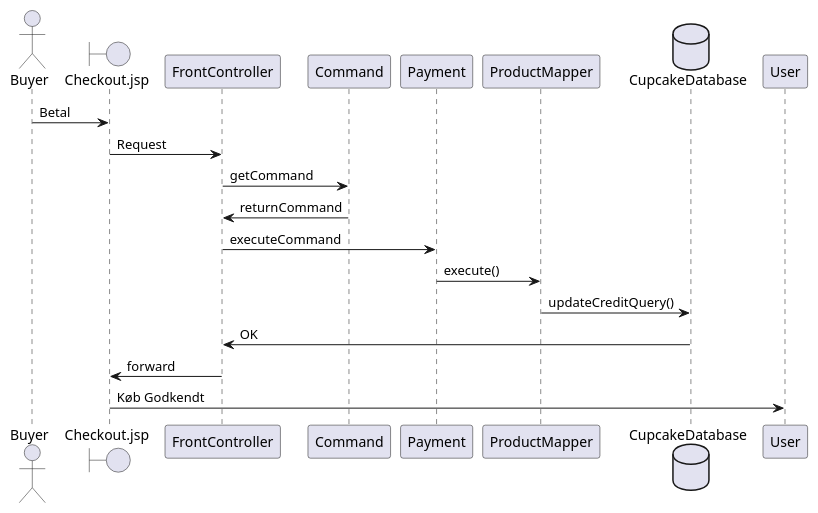
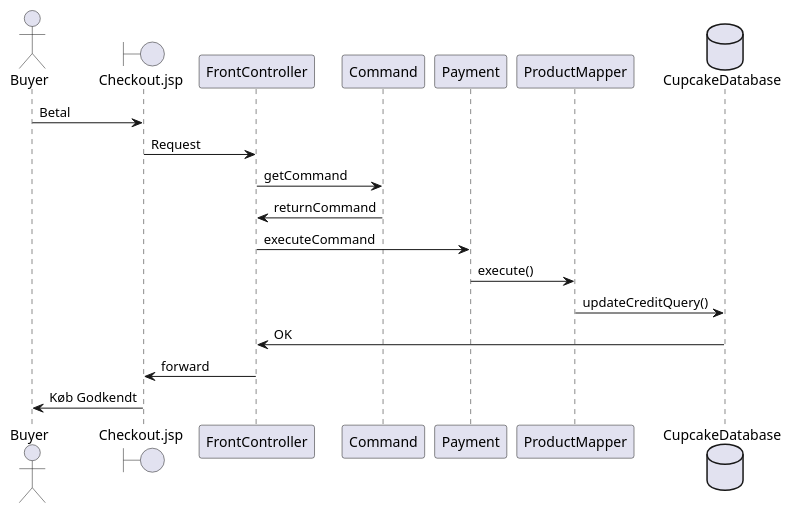
The diagram in PlantUML/Sequence.puml (josefmarcc/CupcakeProject), drawn with PlantUML before and after one commit.

```diff
--- a/PlantUML/Sequence.puml
+++ b/PlantUML/Sequence.puml
@@ -1,21 +1,21 @@
 @startuml
 actor Buyer
 boundary Checkout.jsp
 participant FrontController
 participant Command
 participant Payment
 participant ProductMapper
 database CupcakeDatabase
 
 
 Buyer -> Checkout.jsp : Betal
 Checkout.jsp -> FrontController: Request
 FrontController -> Command: getCommand
 Command -> FrontController: returnCommand
 FrontController -> Payment: executeCommand
 Payment ->  ProductMapper: execute()
 ProductMapper -> CupcakeDatabase: updateCreditQuery()
 CupcakeDatabase -> FrontController: OK
 FrontController -> Checkout.jsp: forward
-Checkout.jsp -> User: Køb Godkendt
+Checkout.jsp -> Buyer: Køb Godkendt
 @enduml
```
